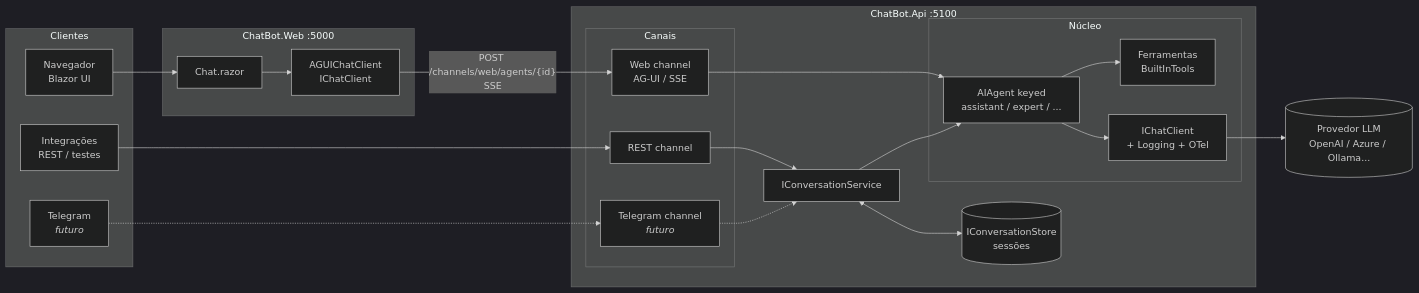
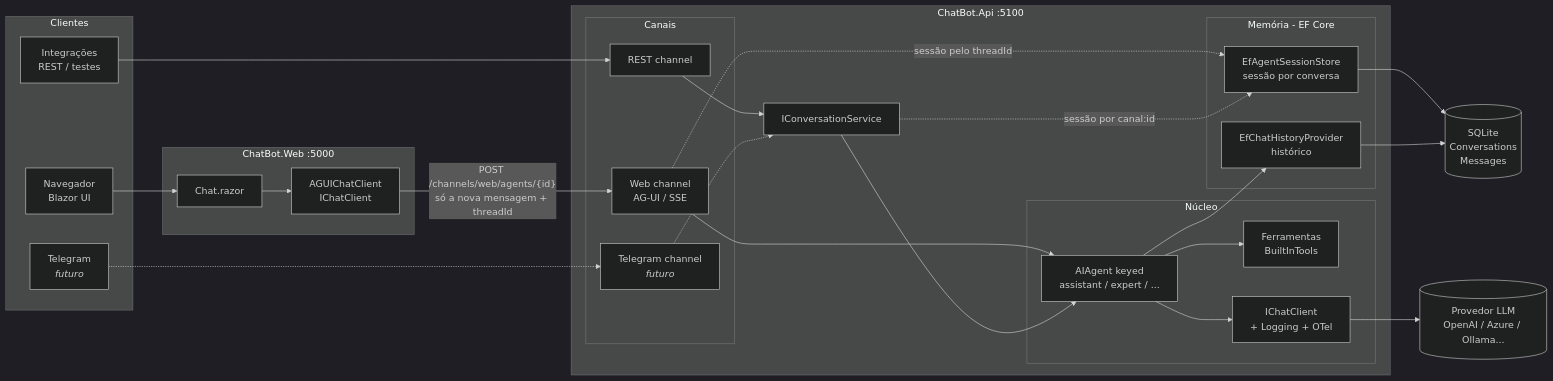
Before and after one commit to rflsouza/ChatBot: the first of 3 diagrams in README.md, drawn with Mermaid (dark theme). The commit also changed other lines of this file and 20 other files, not shown here.

First line of the commit message:
feat: histórico e sessões persistidos com EF Core + SQLite

````diff
--- a/README.md
+++ b/README.md
@@ -52,41 +53,49 @@
 ```mermaid
 flowchart LR
     subgraph Clientes
         B[Navegador<br/>Blazor UI]
         R[Integrações<br/>REST / testes]
         T[Telegram<br/><i>futuro</i>]
     end
 
     subgraph ChatBot.Web [ChatBot.Web :5000]
         UI[Chat.razor] --> AC[AGUIChatClient<br/>IChatClient]
     end
 
     subgraph ChatBot.Api [ChatBot.Api :5100]
         subgraph Canais
             WEB[Web channel<br/>AG-UI / SSE]
             REST[REST channel]
             TG[Telegram channel<br/><i>futuro</i>]
         end
         CS[IConversationService]
-        ST[(IConversationStore<br/>sessões)]
         subgraph Núcleo
             AG[AIAgent keyed<br/>assistant / expert / ...]
             TO[Ferramentas<br/>BuiltInTools]
             CC[IChatClient<br/>+ Logging + OTel]
         end
+        subgraph Memória [Memória - EF Core]
+            SS[EfAgentSessionStore<br/>sessão por conversa]
+            HP[EfChatHistoryProvider<br/>histórico]
+        end
     end
 
+    DB[(SQLite<br/>Conversations<br/>Messages)]
     LLM[(Provedor LLM<br/>OpenAI / Azure / Ollama...)]
 
     B --> UI
-    AC -- "POST /channels/web/agents/{id}<br/>SSE" --> WEB
+    AC -- "POST /channels/web/agents/{id}<br/>só a nova mensagem + threadId" --> WEB
     R --> REST
     T -.-> TG
     WEB --> AG
     REST --> CS
     TG -.-> CS
-    CS <--> ST
     CS --> AG
+    WEB -. "sessão pelo threadId" .-> SS
+    CS -. "sessão por canal:id" .-> SS
+    AG --> HP
+    SS --> DB
+    HP --> DB
     AG --> TO
     AG --> CC --> LLM
 ```
````
